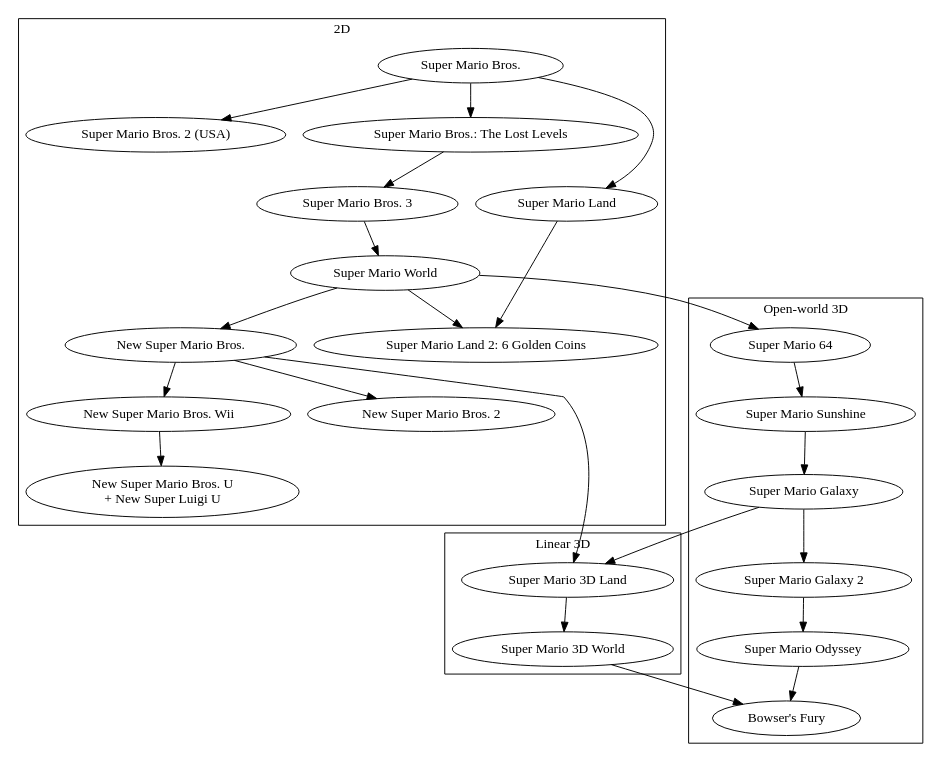
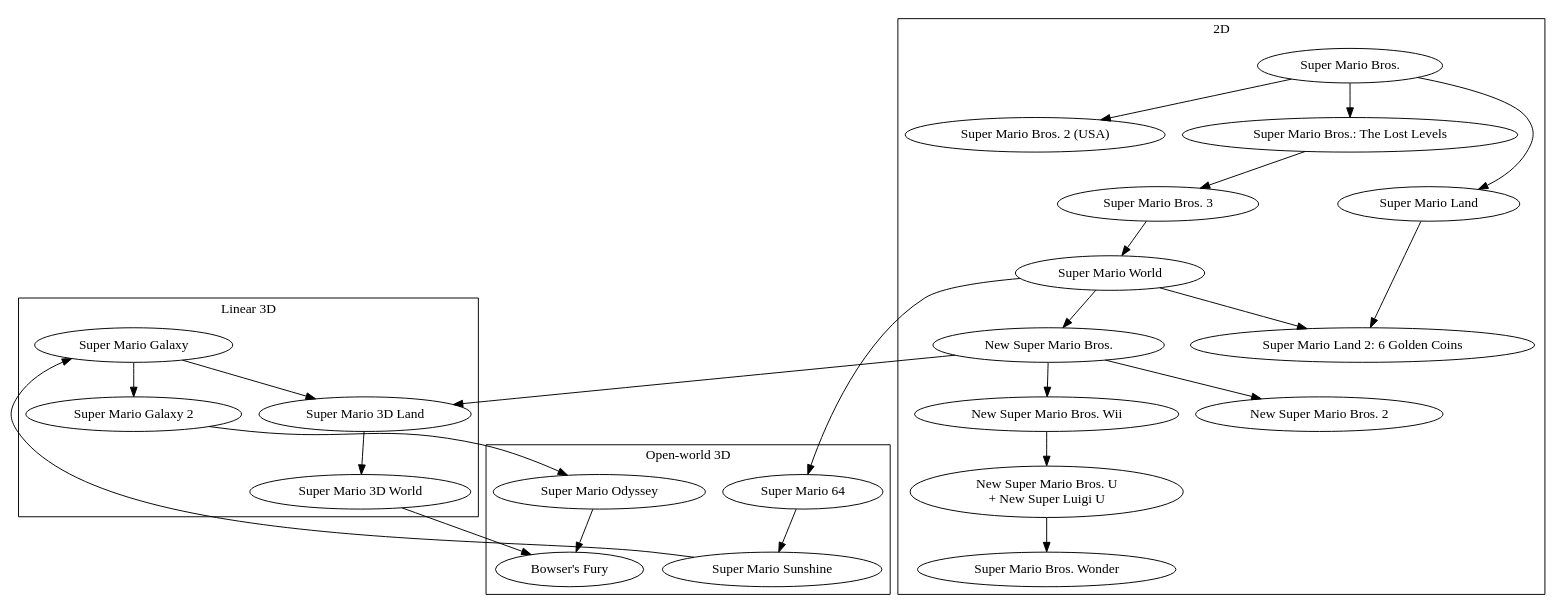
Before and after one commit to gyorokpeter/public: the diagram in mario/mario.dot, drawn with Graphviz. The commit also changed 1 other file, not shown here.

Commit message:
add SMB Wonder to graph

```diff
--- a/mario/mario.dot
+++ b/mario/mario.dot
@@ -1,51 +1,53 @@
 digraph {
     subgraph cluster_2d {
         label="2D";
         smb [label="Super Mario Bros."]
         smb2usa [label="Super Mario Bros. 2 (USA)"]
         smb2 [label="Super Mario Bros.: The Lost Levels"]
         smb3 [label="Super Mario Bros. 3"]
         smw [label="Super Mario World"]
         sml [label="Super Mario Land"]
         sml2 [label="Super Mario Land 2: 6 Golden Coins"]
         nsmb [label="New Super Mario Bros."]
         nsmbwii [label="New Super Mario Bros. Wii"]
         nsmb2 [label="New Super Mario Bros. 2"]
         nsmbu [label="New Super Mario Bros. U\n+ New Super Luigi U"]
+        wonder [label="Super Mario Bros. Wonder"]
     }
     subgraph cluster_openworld {
         label="Open-world 3D";
         sm64 [label="Super Mario 64"]
         sunshine [label="Super Mario Sunshine"]
-        galaxy [label="Super Mario Galaxy"]
-        galaxy2 [label="Super Mario Galaxy 2"]
         odd [label="Super Mario Odyssey"]
         fury [label="Bowser's Fury"]
     }
     subgraph cluster_lin3d {
         label="Linear 3D";
+        galaxy [label="Super Mario Galaxy"]
+        galaxy2 [label="Super Mario Galaxy 2"]
         sm3dl [label="Super Mario 3D Land"]
         sm3dw [label="Super Mario 3D World"]
     }
     smb -> smb2
     smb -> sml
     smb -> smb2usa
     smb2 -> smb3
     smb3 -> smw
     sml -> sml2
     smw -> sml2
     smw -> sm64
     sm64 -> sunshine
     sunshine -> galaxy
     galaxy -> galaxy2
     galaxy2 -> odd
     odd -> fury
     smw -> nsmb
     nsmb -> nsmbwii
     nsmb -> nsmb2
     nsmbwii -> nsmbu
+    nsmbu -> wonder
     galaxy -> sm3dl
     nsmb -> sm3dl
     sm3dl -> sm3dw
     sm3dw -> fury
 }
```
